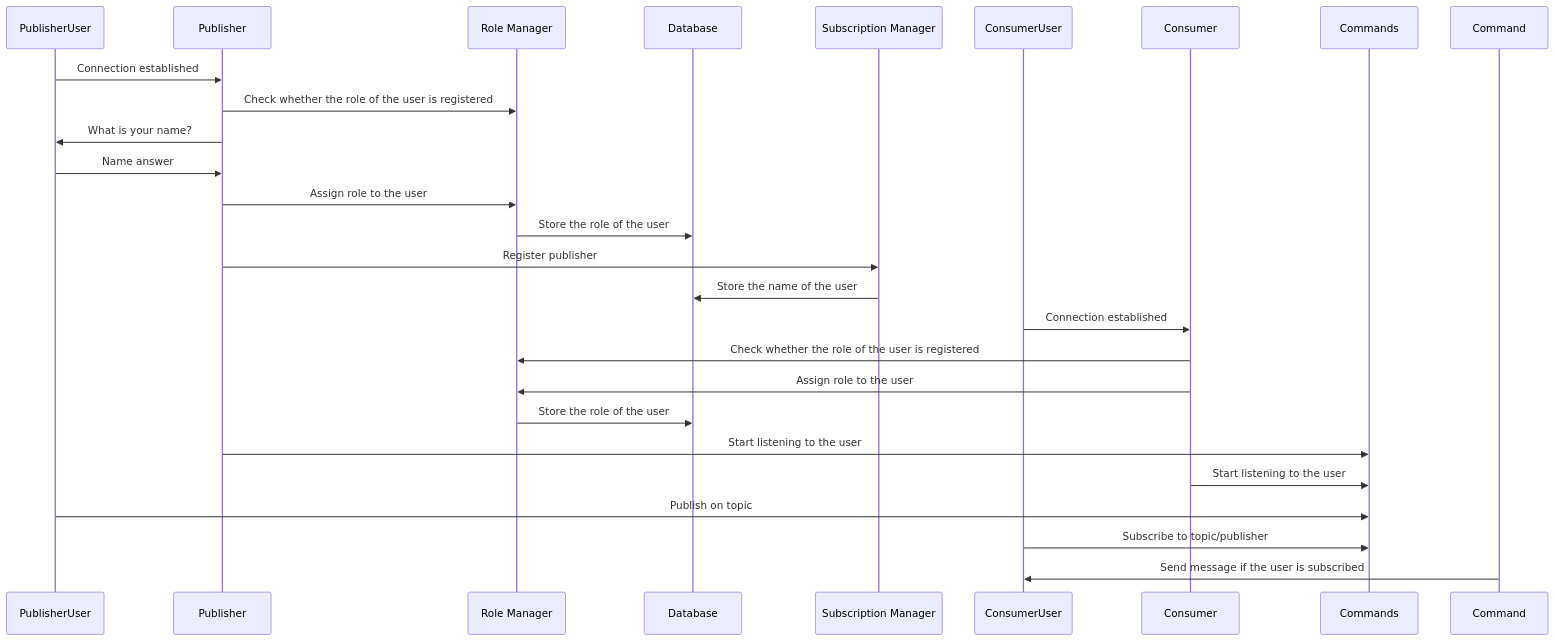
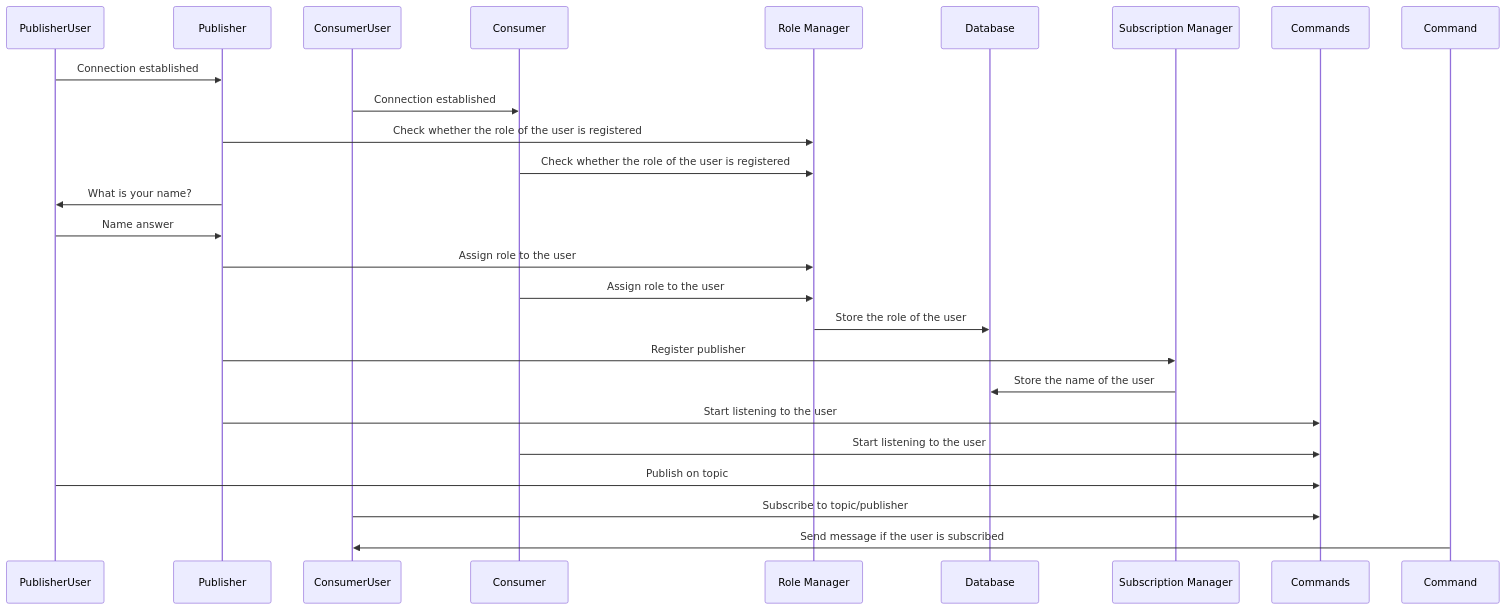
Before and after one commit to eugencic/real-time-programming: the diagram in lab2/diagrams/message_flow_diagram.md, drawn with Mermaid. The commit also changed 2 other files, not shown here.

Commit message:
add report

````diff
--- a/lab2/diagrams/message_flow_diagram.md
+++ b/lab2/diagrams/message_flow_diagram.md
@@ -1,20 +1,19 @@
 ```mermaid
 sequenceDiagram
     PublisherUser->>Publisher: Connection established
+    ConsumerUser->>Consumer: Connection established
     Publisher->>Role Manager: Check whether the role of the user is registered
+    Consumer->>Role Manager: Check whether the role of the user is registered
     Publisher->>PublisherUser: What is your name?
     PublisherUser->>Publisher: Name answer
     Publisher->>Role Manager: Assign role to the user
+    Consumer->>Role Manager: Assign role to the user
     Role Manager->>Database: Store the role of the user
     Publisher->>Subscription Manager: Register publisher
     Subscription Manager->>Database: Store the name of the user
-    ConsumerUser->>Consumer: Connection established
-    Consumer->>Role Manager: Check whether the role of the user is registered
-    Consumer->>Role Manager: Assign role to the user
-    Role Manager->>Database: Store the role of the user
     Publisher->>Commands: Start listening to the user
     Consumer->>Commands: Start listening to the user
     PublisherUser->>Commands: Publish on topic
     ConsumerUser->>Commands: Subscribe to topic/publisher
     Command->> ConsumerUser: Send message if the user is subscribed
 ```
````
